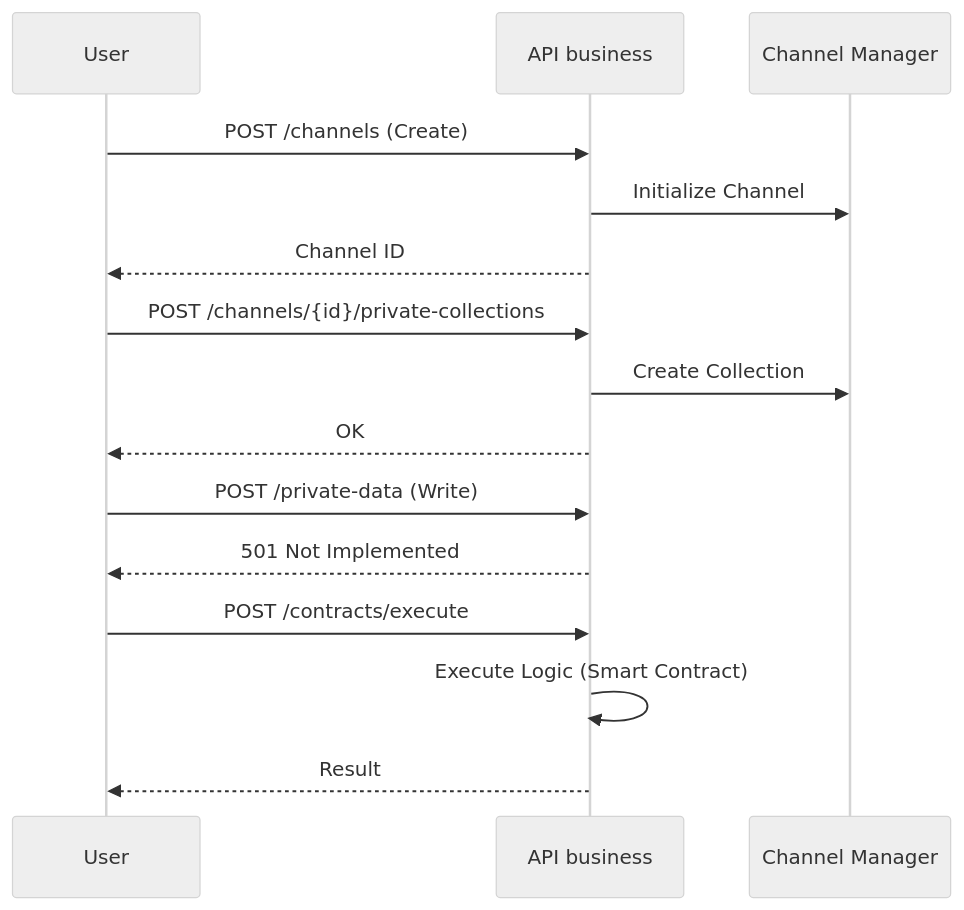
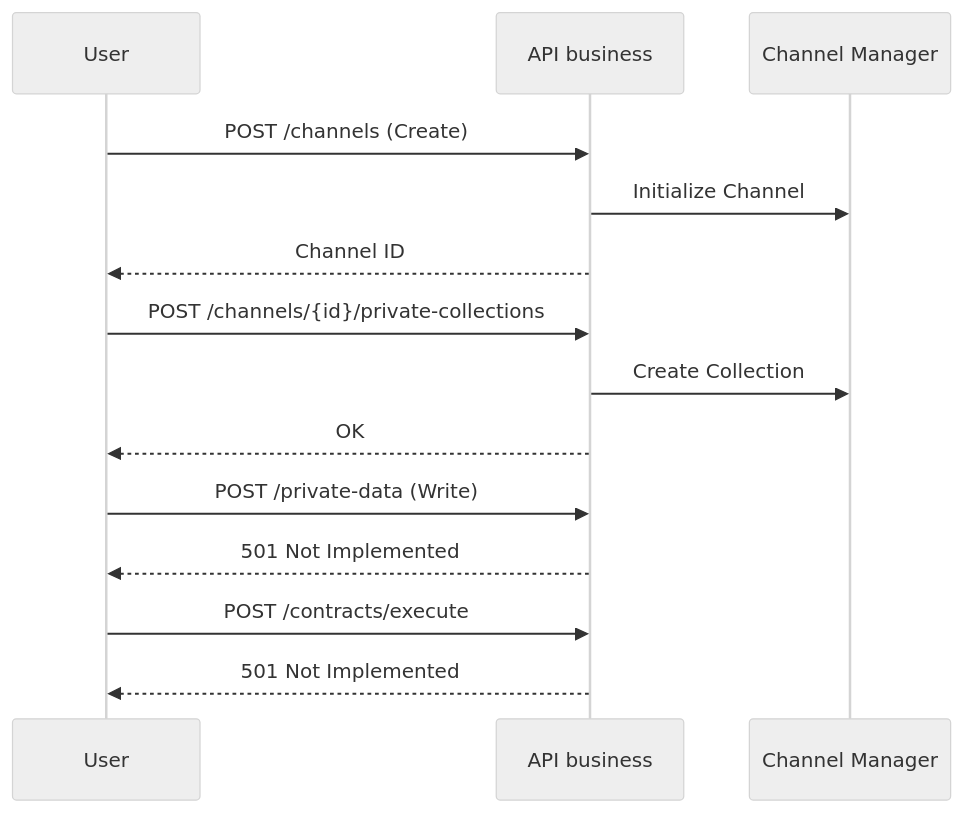
Before and after one commit to VanDung-dev/HieraChain: the diagram in docs/en/reference/api-business.md, drawn with Mermaid (neutral theme). The commit also changed other lines of this file and 158 other files, not shown here.

````diff
--- a/docs/en/reference/api-business.md
+++ b/docs/en/reference/api-business.md
@@ -19,21 +19,20 @@
 ```mermaid
 sequenceDiagram
     participant User
     participant API as API business
     participant Channel as Channel Manager
 
     User->>API: POST /channels (Create)
     API->>Channel: Initialize Channel
     API-->>User: Channel ID
 
     User->>API: POST /channels/{id}/private-collections
     API->>Channel: Create Collection
     API-->>User: OK
 
     User->>API: POST /private-data (Write)
     API-->>User: 501 Not Implemented
 
     User->>API: POST /contracts/execute
-    API->>API: Execute Logic (Smart Contract)
-    API-->>User: Result
+    API-->>User: 501 Not Implemented
 ```
````
